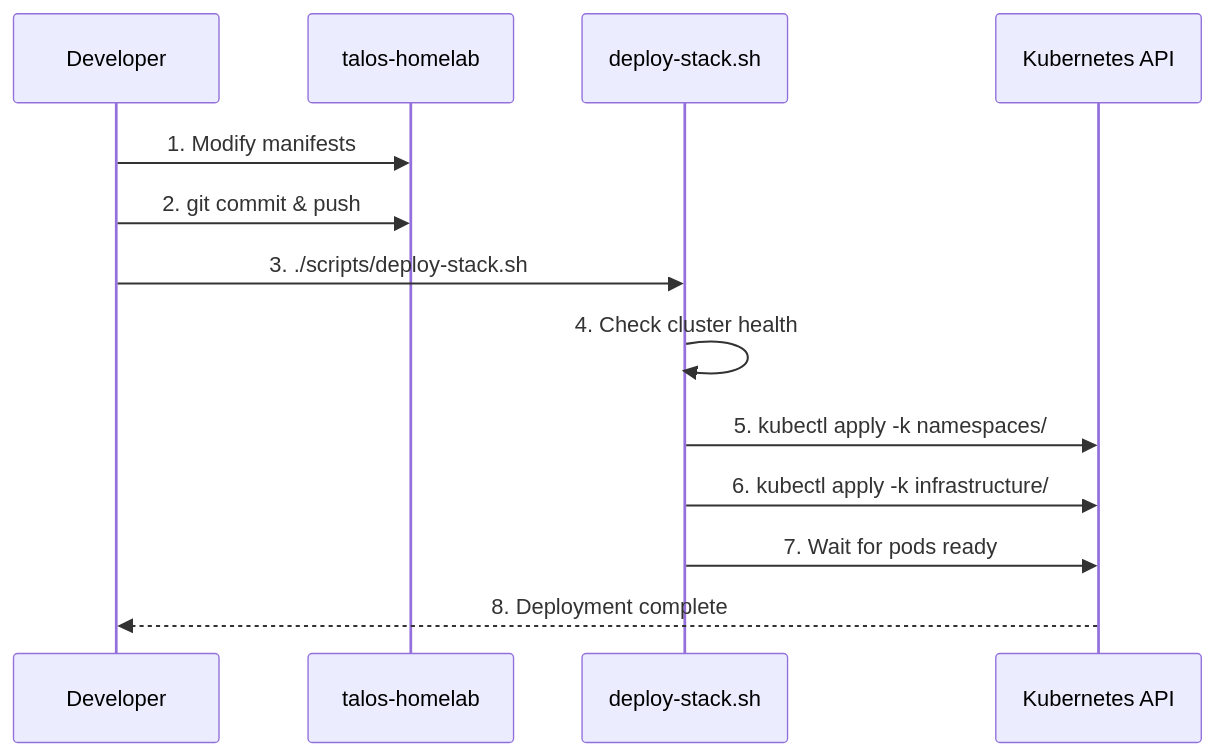
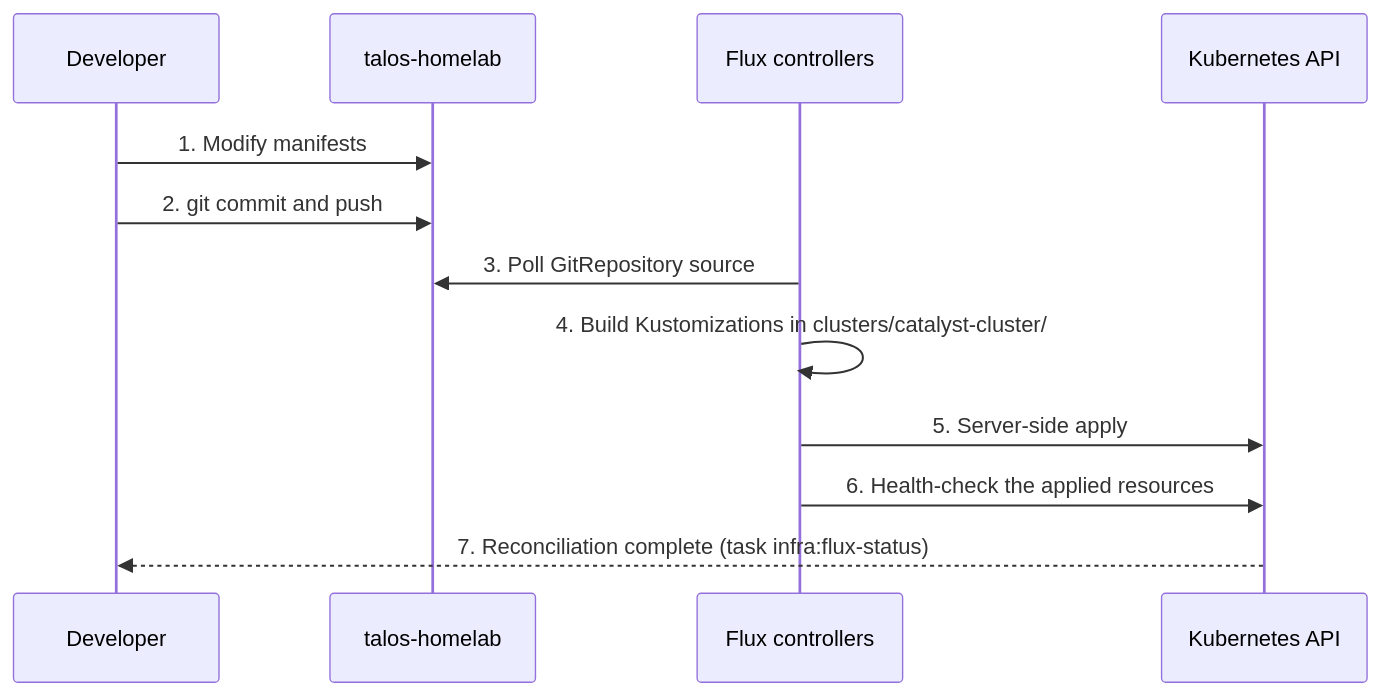
The seventh of 14 diagrams in docs/02-architecture/infrastructure-diagrams.md (TheBranchDriftCatalyst/talos-homelab), drawn with Mermaid before and after one commit. The commit also changed 19 other files, not shown here.

First line of the commit message:
fix(tasks): reconcile 12 task/script paths, retire the deploy-over-Flux tasks

````diff
--- a/docs/02-architecture/infrastructure-diagrams.md
+++ b/docs/02-architecture/infrastructure-diagrams.md
@@ -306,16 +306,15 @@
 ```mermaid
 sequenceDiagram
     participant Dev as Developer
     participant Git as talos-homelab
-    participant Script as deploy-stack.sh
+    participant Flux as Flux controllers
     participant K8s as Kubernetes API
 
     Dev->>Git: 1. Modify manifests
-    Dev->>Git: 2. git commit & push
-    Dev->>Script: 3. ./scripts/deploy-stack.sh
-    Script->>Script: 4. Check cluster health
-    Script->>K8s: 5. kubectl apply -k namespaces/
-    Script->>K8s: 6. kubectl apply -k infrastructure/
-    Script->>K8s: 7. Wait for pods ready
-    K8s-->>Dev: 8. Deployment complete
+    Dev->>Git: 2. git commit and push
+    Flux->>Git: 3. Poll GitRepository source
+    Flux->>Flux: 4. Build Kustomizations in clusters/catalyst-cluster/
+    Flux->>K8s: 5. Server-side apply
+    Flux->>K8s: 6. Health-check the applied resources
+    K8s-->>Dev: 7. Reconciliation complete (task infra:flux-status)
 ```
````
